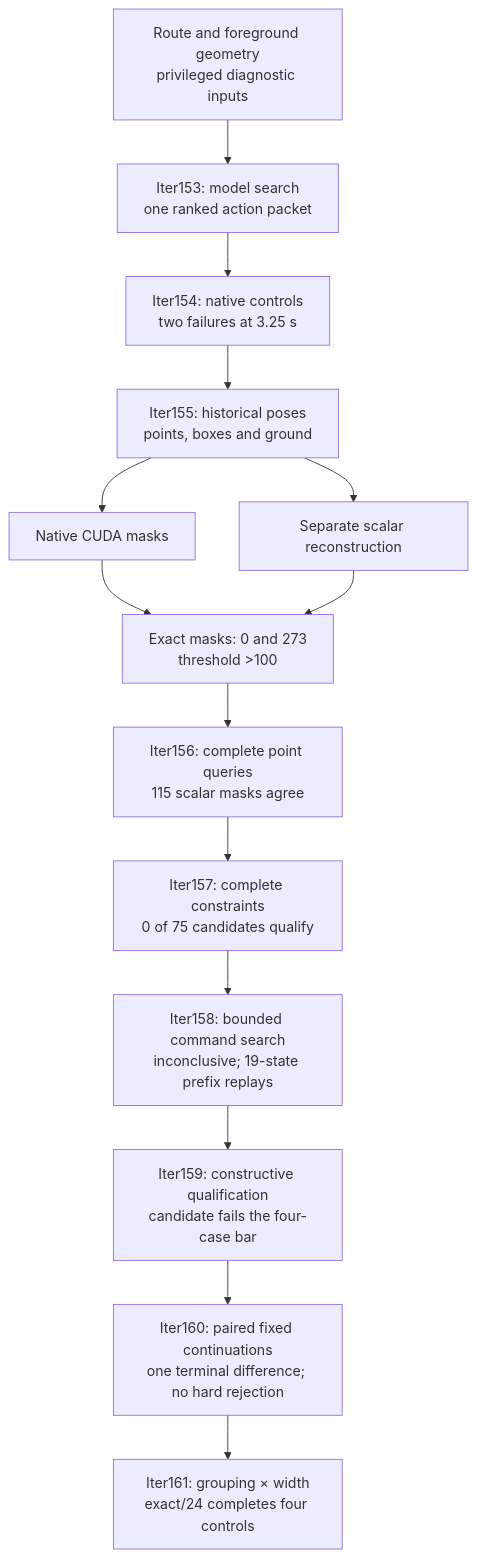
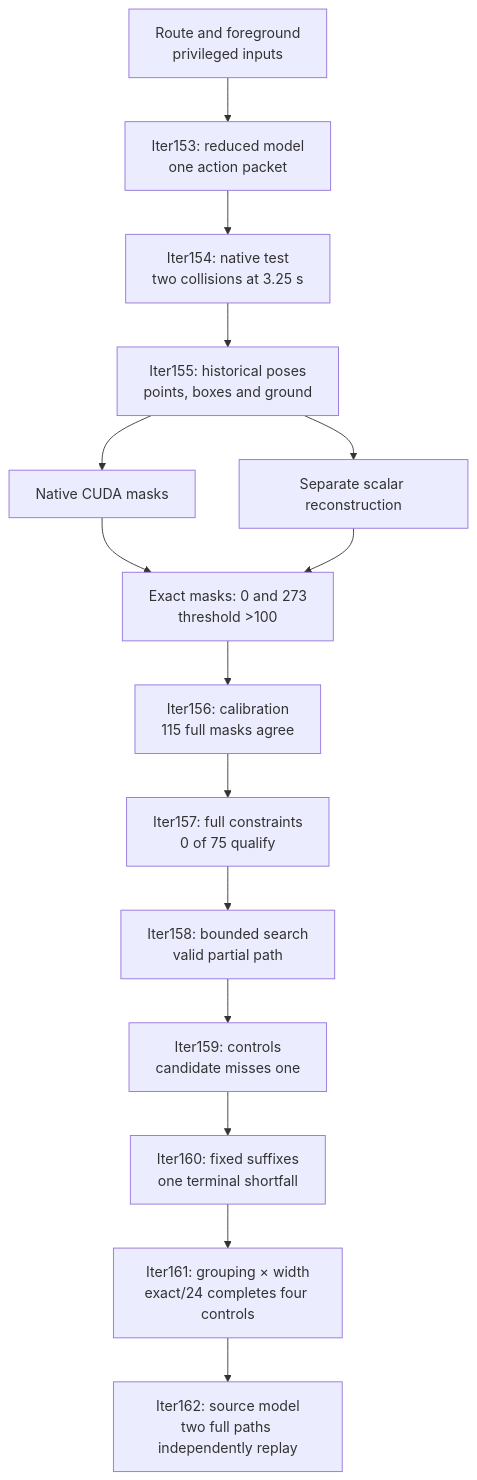
Before and after one commit to manfromnowhere143/sentinel: the fourth of 4 diagrams in docs/ARCHITECTURE.md, drawn with Mermaid. The commit also changed other lines of this file and 25 other files, not shown here.

Commit message:
Close source qualification with two admitted paths and bounded native next step

````diff
--- a/docs/ARCHITECTURE.md
+++ b/docs/ARCHITECTURE.md
@@ -209,18 +209,19 @@
 ```mermaid
 flowchart TB
-  accTitle: The diagnostic model, native test and background witness
-  accDescr: Calibrated collision checks lead to a qualified synthetic search; native recovery remains unknown.
-  G["Route and foreground geometry<br/>privileged diagnostic inputs"] --> M["Iter153: model search<br/>one ranked action packet"]
-  M --> N["Iter154: native controls<br/>two failures at 3.25 s"]
+  accTitle: Model, native rejection, calibration and source completion
+  accDescr: Full retained constraints admit model paths; native recovery remains unknown.
+  G["Route and foreground<br/>privileged inputs"] --> M["Iter153: reduced model<br/>one action packet"]
+  M --> N["Iter154: native test<br/>two collisions at 3.25 s"]
   N --> X["Iter155: historical poses<br/>points, boxes and ground"]
   X --> C["Native CUDA masks"]
   X --> S["Separate scalar reconstruction"]
   C --> E["Exact masks: 0 and 273<br/>threshold >100"]
   S --> E
-  E --> F["Iter156: complete point queries<br/>115 scalar masks agree"]
-  F --> L["Iter157: complete constraints<br/>0 of 75 candidates qualify"]
-  L --> A["Iter158: bounded command search<br/>inconclusive; 19-state prefix replays"]
-  A --> Q["Iter159: constructive qualification<br/>candidate fails the four-case bar"]
-  Q --> K["Iter160: paired fixed continuations<br/>one terminal difference; no hard rejection"]
+  E --> F["Iter156: calibration<br/>115 full masks agree"]
+  F --> L["Iter157: full constraints<br/>0 of 75 qualify"]
+  L --> A["Iter158: bounded search<br/>valid partial path"]
+  A --> Q["Iter159: controls<br/>candidate misses one"]
+  Q --> K["Iter160: fixed suffixes<br/>one terminal shortfall"]
   K --> Z["Iter161: grouping × width<br/>exact/24 completes four controls"]
+  Z --> Y["Iter162: source model<br/>two full paths independently replay"]
 ```
````
